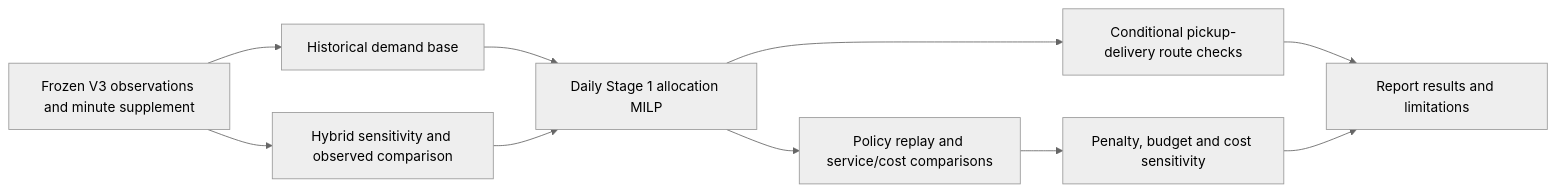
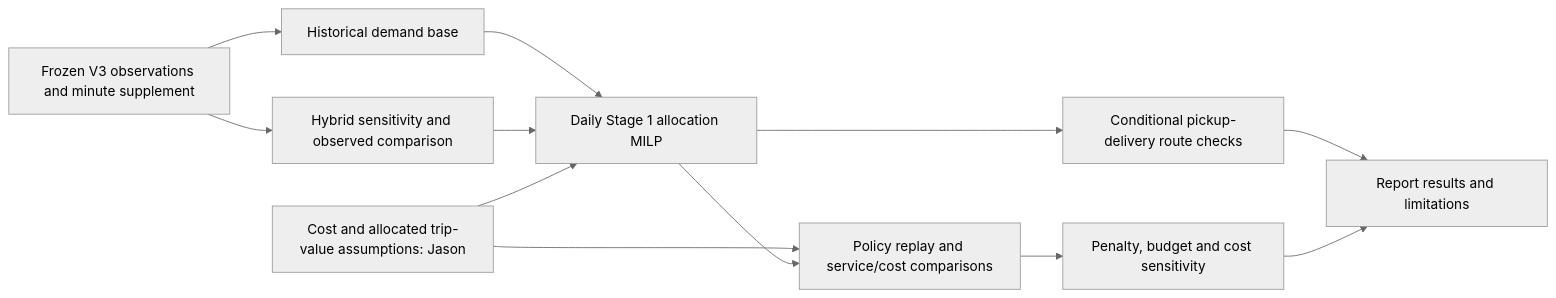
Before and after one commit to carloida/DBA5103_finalproject: the diagram in docs/SF_Bikeshare_Project_Pipeline_Report.md, drawn with Mermaid (neutral theme). The commit also changed other lines of this file and 1 other file, not shown here.

Commit message:
Clarify Jason ownership of introduction literature and economic inputs

````diff
--- a/docs/SF_Bikeshare_Project_Pipeline_Report.md
+++ b/docs/SF_Bikeshare_Project_Pipeline_Report.md
@@ -7,12 +7,14 @@
 ```mermaid
 flowchart LR
   A[Frozen V3 observations and minute supplement] --> B[Historical demand base]
   A --> C[Hybrid sensitivity and observed comparison]
   B --> D[Daily Stage 1 allocation MILP]
   C --> D
+  P[Cost and allocated trip-value assumptions: Jason] --> D
+  P --> E
   D --> E[Policy replay and service/cost comparisons]
   D --> F[Conditional pickup-delivery route checks]
   E --> G[Penalty, budget and cost sensitivity]
   F --> H[Report results and limitations]
   G --> H
 ```
````
